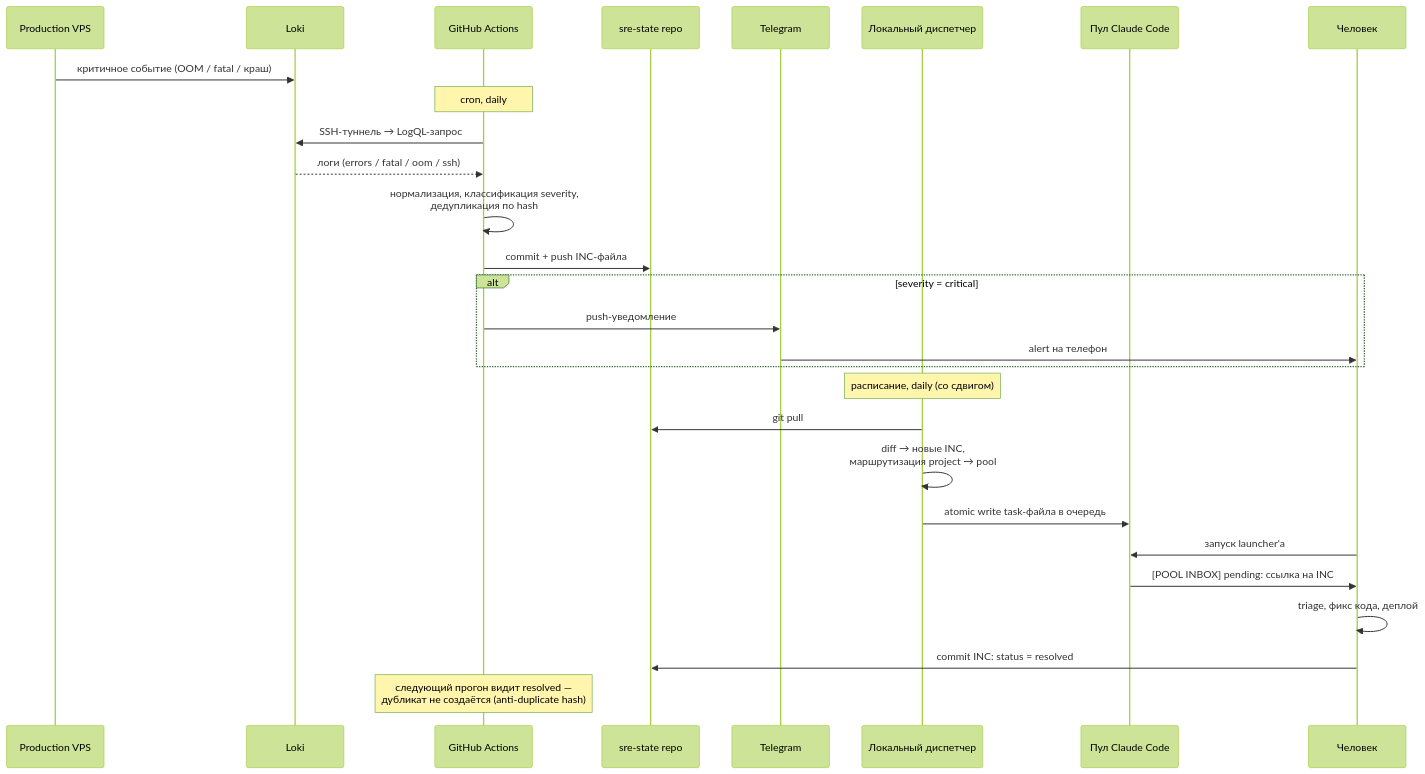
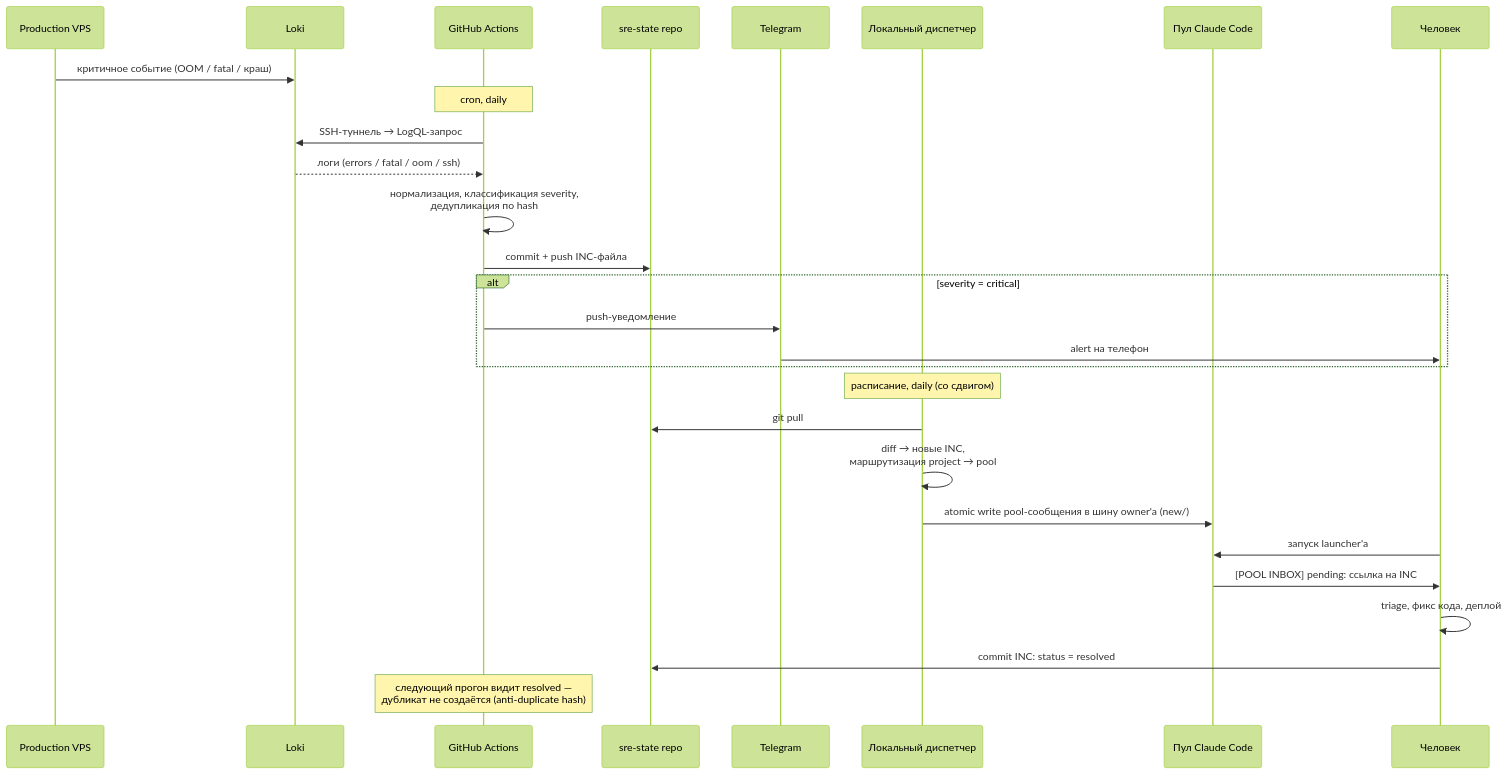
The second of 3 diagrams in docs/sre-self-healing-pipeline.md (Dieugene/ai-agent-backed-project-template), drawn with Mermaid (forest theme) before and after one commit. The commit also changed other lines of this file and 39 other files, not shown here.

````diff
--- a/docs/sre-self-healing-pipeline.md
+++ b/docs/sre-self-healing-pipeline.md
@@ -228,31 +239,31 @@
 ```mermaid
 sequenceDiagram
     participant VPS as Production VPS
     participant Loki
     participant GHA as GitHub Actions
     participant Repo as sre-state repo
     participant TG as Telegram
     participant Disp as Локальный диспетчер
     participant Pool as Пул Claude Code
     participant Human as Человек
 
     VPS->>Loki: критичное событие (OOM / fatal / краш)
     Note over GHA: cron, daily
     GHA->>Loki: SSH-туннель → LogQL-запрос
     Loki-->>GHA: логи (errors / fatal / oom / ssh)
     GHA->>GHA: нормализация, классификация severity,<br/>дедупликация по hash
     GHA->>Repo: commit + push INC-файла
     alt severity = critical
         GHA->>TG: push-уведомление
         TG->>Human: alert на телефон
     end
     Note over Disp: расписание, daily (со сдвигом)
     Disp->>Repo: git pull
     Disp->>Disp: diff → новые INC,<br/>маршрутизация project → pool
-    Disp->>Pool: atomic write task-файла в очередь
+    Disp->>Pool: atomic write pool-сообщения в шину owner'а (new/)
     Human->>Pool: запуск launcher'а
     Pool->>Human: [POOL INBOX] pending: ссылка на INC
     Human->>Human: triage, фикс кода, деплой
     Human->>Repo: commit INC: status = resolved
     Note over GHA: следующий прогон видит resolved —<br/>дубликат не создаётся (anti-duplicate hash)
 ```
````
